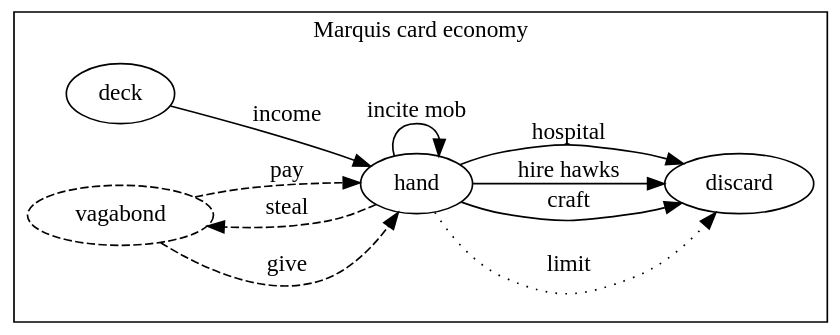
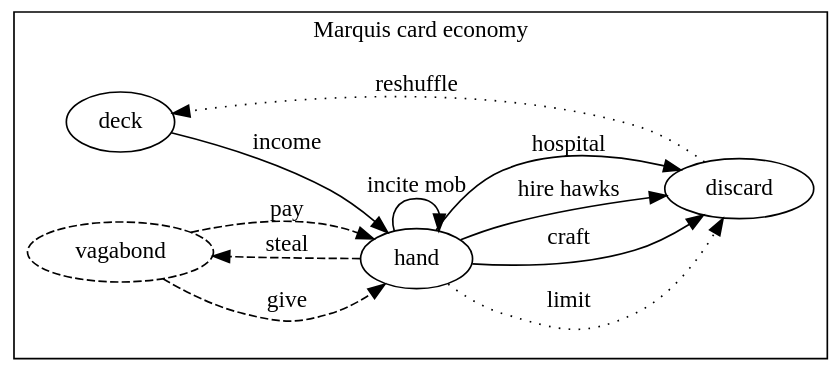
One commit to krawaller/root changed the diagram in diagrams/marquis-cards.dot. Above: the diagram before and after it, drawn with Graphviz. The commit also changed 7 other files, not shown here.

Commit message:
add discard to deck lines to card economies

```diff
--- a/diagrams/marquis-cards.dot
+++ b/diagrams/marquis-cards.dot
@@ -1,25 +1,27 @@
 digraph {
   rankdir = LR;
   bgcolor = transparent;
 
   subgraph cluster_marquisunits {
 
-    label = "Marquis card economy"
+    label = "Marquis card economy\n "
 
 
     deck -> hand [label="income"]
     hand -> discard [label="limit" style=dotted]
 
     hand -> discard [label="craft"]
     hand -> discard [label="hire hawks"]
     hand -> discard [label="hospital"]
     hand -> hand [label="incite mob"]
 
     vagabond [style=dashed]
     vagabond -> hand [label="pay" style=dashed]
     vagabond -> hand [label="give" style=dashed]
     hand -> vagabond [label="steal" style=dashed]
 
+    discard -> deck [style=dotted label="reshuffle"]
+
     {rank=same;vagabond, deck}
   }
 }
```
